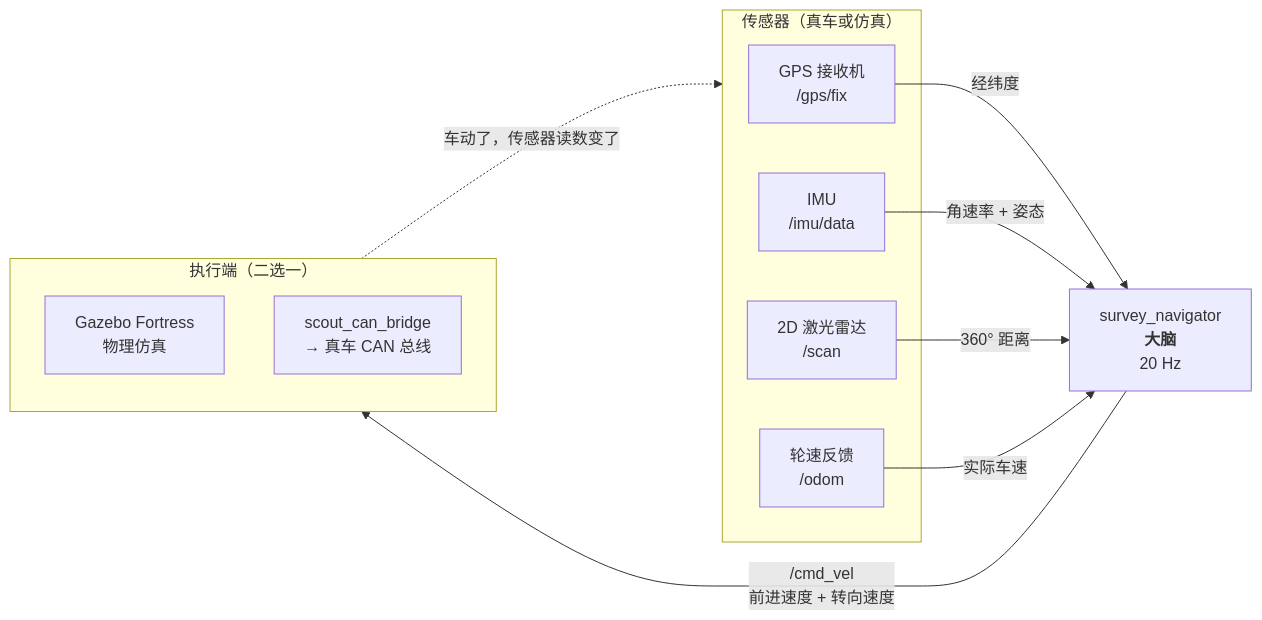
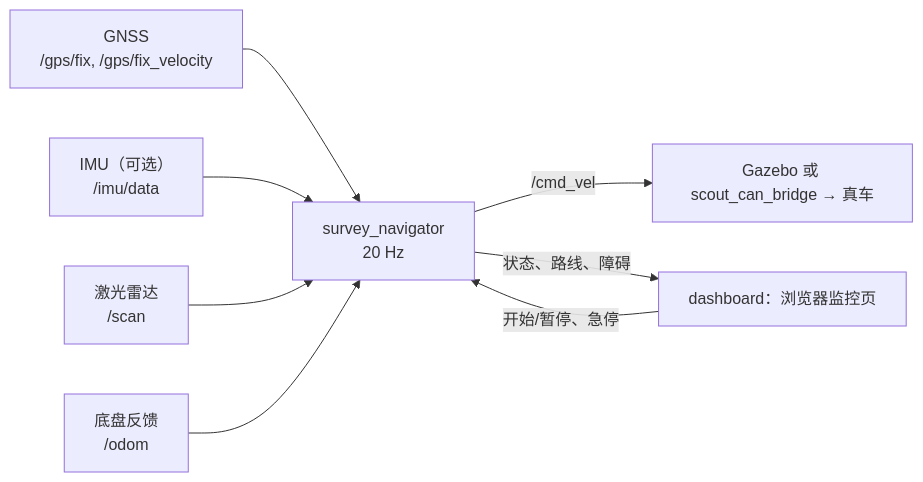
The diagram in scout_navigation/architecture.zh.md (Zephyr0609/TemRover), drawn with Mermaid before and after one commit. The commit also changed other lines of this file and 37 other files, not shown here.

Commit message:
Clean up: drop the Phase-1 offline simulator, curved-turn paths, one-off scripts and outdated results; rewrite architecture doc

````diff
--- a/scout_navigation/architecture.zh.md
+++ b/scout_navigation/architecture.zh.md
@@ -25,23 +16,10 @@
 ```mermaid
 flowchart LR
-    subgraph sensors["传感器（真车或仿真）"]
-        GPS["GPS 接收机<br/>/gps/fix"]
-        IMU["IMU<br/>/imu/data"]
-        LID["2D 激光雷达<br/>/scan"]
-        ODO["轮速反馈<br/>/odom"]
-    end
-
-    NAV["survey_navigator<br/><b>大脑</b><br/>20 Hz"]
-
-    subgraph exec["执行端（二选一）"]
-        GZ["Gazebo Fortress<br/>物理仿真"]
-        CAN["scout_can_bridge<br/>→ 真车 CAN 总线"]
-    end
-
-    GPS -->|经纬度| NAV
-    IMU -->|角速率 + 姿态| NAV
-    LID -->|360° 距离| NAV
-    ODO -->|实际车速| NAV
-    NAV -->|"/cmd_vel<br/>前进速度 + 转向速度"| exec
-    exec -.->|车动了，传感器读数变了| sensors
+    GPS["GNSS<br/>/gps/fix, /gps/fix_velocity"] --> NAV
+    IMU["IMU（可选）<br/>/imu/data"] --> NAV
+    LID["激光雷达<br/>/scan"] --> NAV
+    ODO["底盘反馈<br/>/odom"] --> NAV
+    NAV["survey_navigator<br/>20 Hz"] -->|/cmd_vel| BODY["Gazebo 或 scout_can_bridge → 真车"]
+    NAV -->|状态、路线、障碍| WEB["dashboard：浏览器监控页"]
+    WEB -->|开始/暂停、急停| NAV
 ```
````
